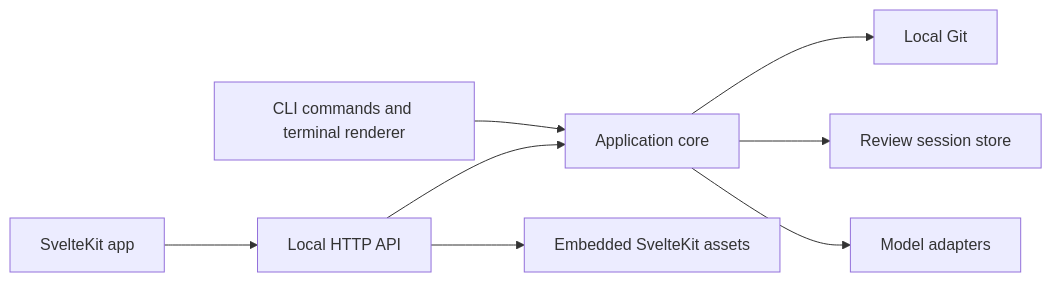
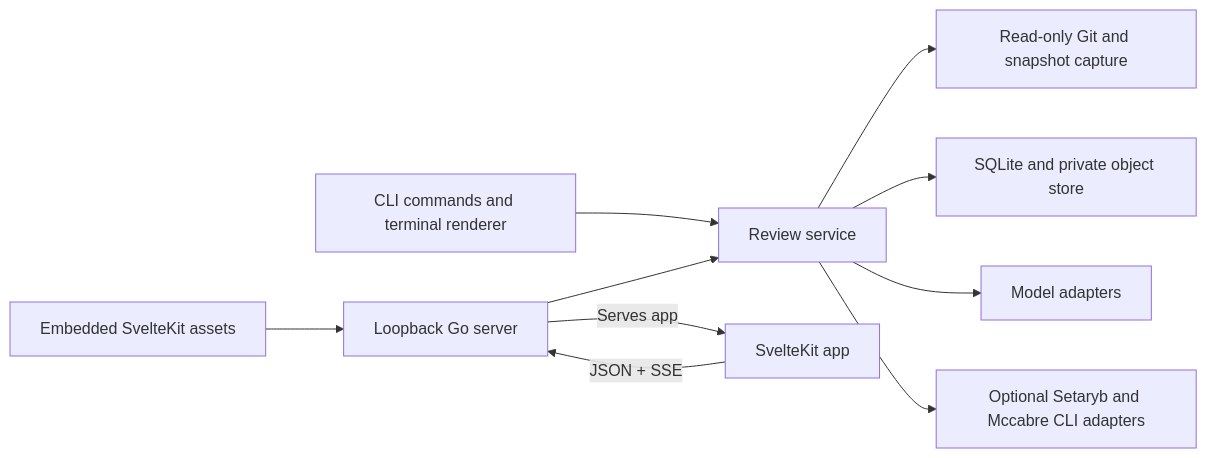
The diagram in README.md (stormlightlabs/mire), drawn with Mermaid before and after one commit.

Commit message:
docs: update arch diagram

````diff
--- a/README.md
+++ b/README.md
@@ -5,10 +5,14 @@
 ```mermaid
 flowchart LR
-    CLI["CLI commands and terminal renderer"] --> Core["Application core"]
-    Browser["SvelteKit app"] --> HTTP["Local HTTP API"]
-    HTTP --> Core
-    Core --> Git["Local Git"]
-    Core --> Store["Review session store"]
+    CLI["CLI commands and terminal renderer"] --> Core["Review service"]
+
+    Assets["Embedded SvelteKit assets"] --> Server["Loopback Go server"]
+    Server -->|"Serves app"| Browser["SvelteKit app"]
+    Browser -->|"JSON + SSE"| Server
+    Server --> Core
+
+    Core --> Git["Read-only Git and snapshot capture"]
+    Core --> Store["SQLite and private object store"]
     Core --> Models["Model adapters"]
-    HTTP --> Assets["Embedded SvelteKit assets"]
+    Core --> Analyzers["Optional Setaryb and Mccabre CLI adapters"]
 ```
````
